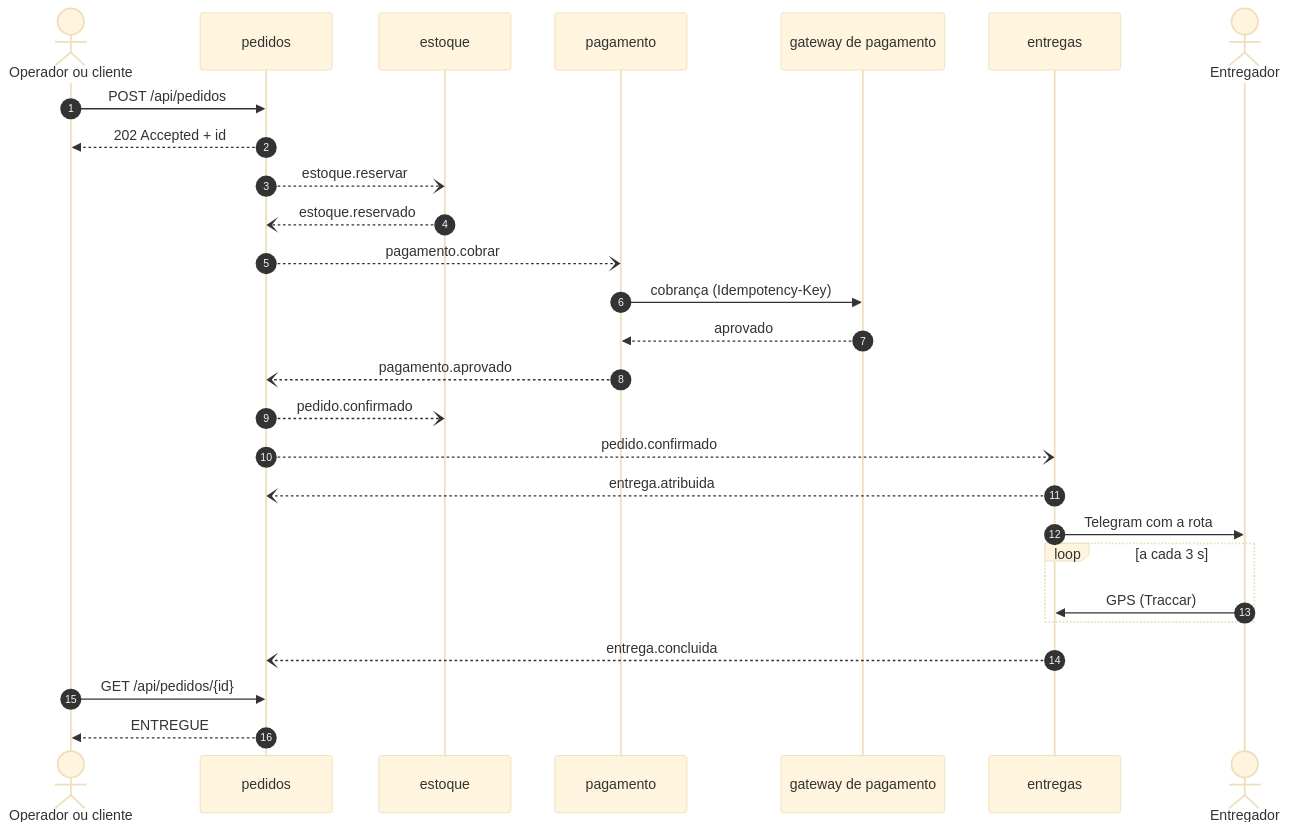
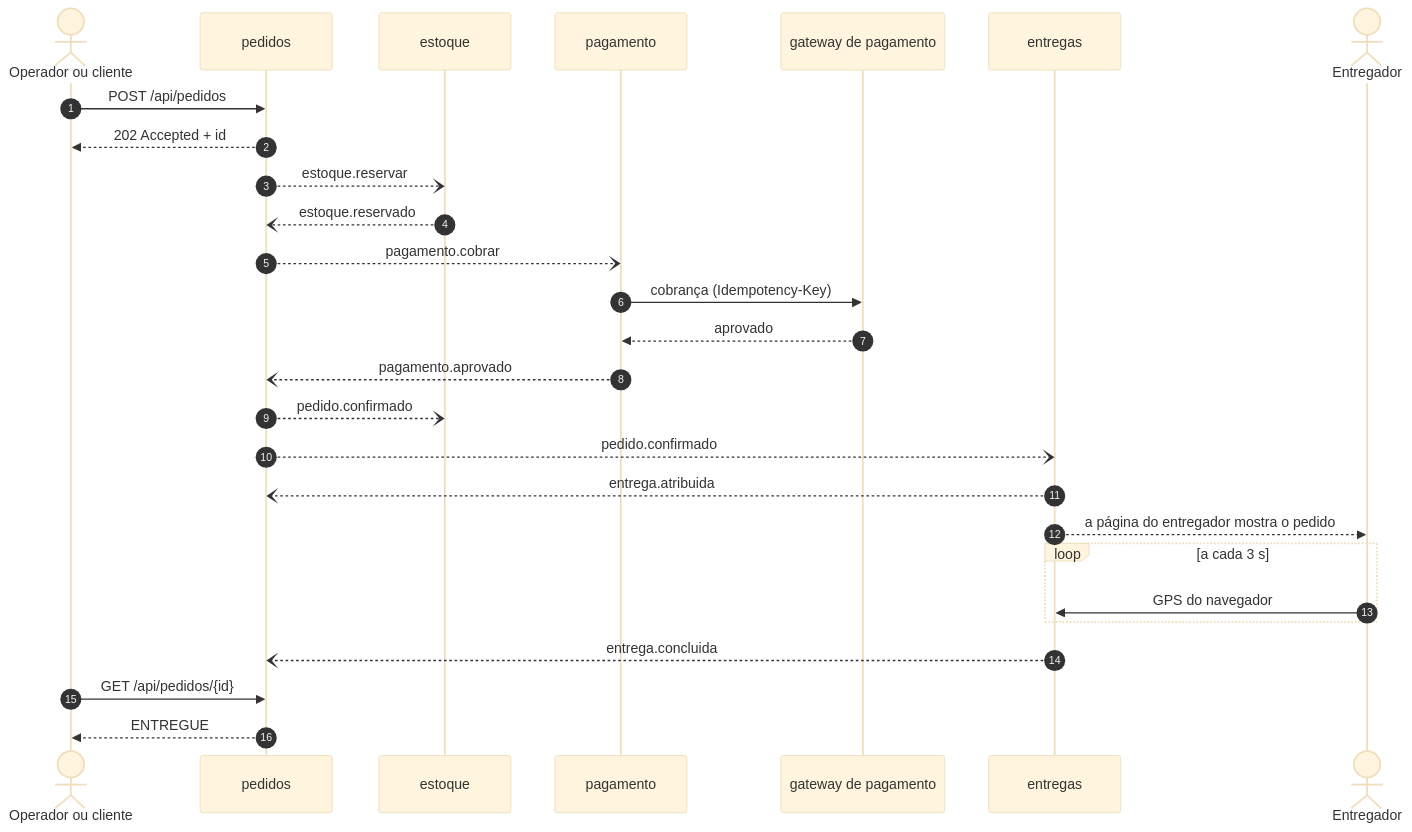
One commit to yurirrabelo/5bitsdelivery changed the diagram in docs/arquitetura/saga.mmd. Above: the diagram before and after it, drawn with Mermaid (base theme). The commit also changed 68 other files, not shown here.

```diff
--- a/docs/arquitetura/saga.mmd
+++ b/docs/arquitetura/saga.mmd
@@ -1,27 +1,27 @@
 sequenceDiagram
     autonumber
     actor C as Operador ou cliente
     participant P as pedidos
     participant E as estoque
     participant PG as pagamento
     participant GW as gateway de pagamento
     participant ENT as entregas
     actor M as Entregador
     C->>P: POST /api/pedidos
     P-->>C: 202 Accepted + id
     P--)E: estoque.reservar
     E--)P: estoque.reservado
     P--)PG: pagamento.cobrar
     PG->>GW: cobrança (Idempotency-Key)
     GW-->>PG: aprovado
     PG--)P: pagamento.aprovado
     P--)E: pedido.confirmado
     P--)ENT: pedido.confirmado
     ENT--)P: entrega.atribuida
-    ENT->>M: Telegram com a rota
+    ENT-->>M: a página do entregador mostra o pedido
     loop a cada 3 s
-        M->>ENT: GPS (Traccar)
+        M->>ENT: GPS do navegador
     end
     ENT--)P: entrega.concluida
     C->>P: GET /api/pedidos/{id}
     P-->>C: ENTREGUE
```
